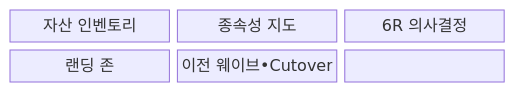
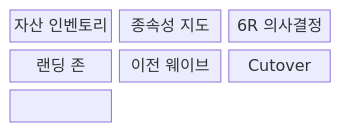
One commit to agnusdei1207/knowledge-base changed the first of 2 diagrams in src/content/docs/notes/08-latest-tech/179_cloud_migration_6r.md. Above: the diagram before and after it, drawn with Mermaid. The commit also changed other lines of this file and 20 other files, not shown here.

````diff
--- a/src/content/docs/notes/08-latest-tech/179_cloud_migration_6r.md
+++ b/src/content/docs/notes/08-latest-tech/179_cloud_migration_6r.md
@@ -71,11 +77,12 @@
 ```mermaid
 block-beta
   columns 3
   N0["자산 인벤토리"]
   N1["종속성 지도"]
   N2["6R 의사결정"]
   N3["랜딩 존"]
-  N4["이전 웨이브•Cutover"]
+  N4["이전 웨이브"]
+  N5["Cutover"]
   N0 --- N1 --- N2
-  N2 --- N3 --- N4
+  N2 --- N3 --- N4 --- N5
 ```
````
